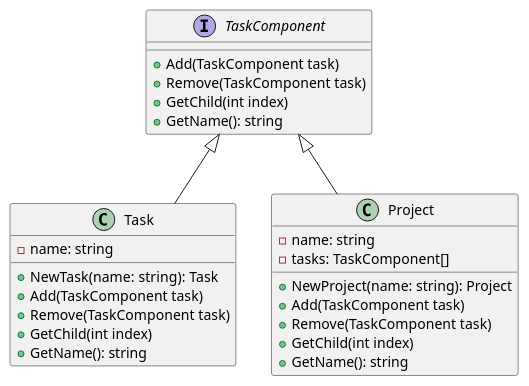
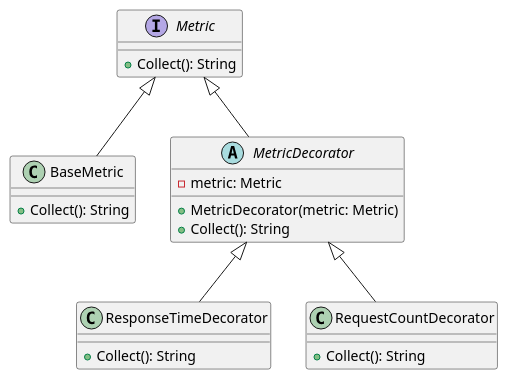
The diagram in klassifikaciya-patternov/structural-patterns/dekorator-decorator/primery/dobavlenie-metrik/go.md (andrewovchinnikov/design-patterns), drawn with PlantUML before and after one commit. The commit also changed other lines of this file and 59 other files, not shown here.

````diff
--- a/klassifikaciya-patternov/structural-patterns/dekorator-decorator/primery/dobavlenie-metrik/go.md
+++ b/klassifikaciya-patternov/structural-patterns/dekorator-decorator/primery/dobavlenie-metrik/go.md
@@ -129,32 +101,30 @@
 ```plantuml
 @startuml
-interface TaskComponent {
-    +Add(TaskComponent task)
-    +Remove(TaskComponent task)
-    +GetChild(int index)
-    +GetName(): string
+interface Metric {
+    +Collect(): String
 }
 
-class Task {
-    -name: string
-    +NewTask(name: string): Task
-    +Add(TaskComponent task)
-    +Remove(TaskComponent task)
-    +GetChild(int index)
-    +GetName(): string
+class BaseMetric {
+    +Collect(): String
 }
 
-class Project {
-    -name: string
-    -tasks: TaskComponent[]
-    +NewProject(name: string): Project
-    +Add(TaskComponent task)
-    +Remove(TaskComponent task)
-    +GetChild(int index)
-    +GetName(): string
+abstract class MetricDecorator {
+    -metric: Metric
+    +MetricDecorator(metric: Metric)
+    +Collect(): String
 }
 
-TaskComponent <|-- Task
-TaskComponent <|-- Project
+class ResponseTimeDecorator {
+    +Collect(): String
+}
+
+class RequestCountDecorator {
+    +Collect(): String
+}
+
+Metric <|-- BaseMetric
+Metric <|-- MetricDecorator
+MetricDecorator <|-- ResponseTimeDecorator
+MetricDecorator <|-- RequestCountDecorator
 @enduml
 ```
````
